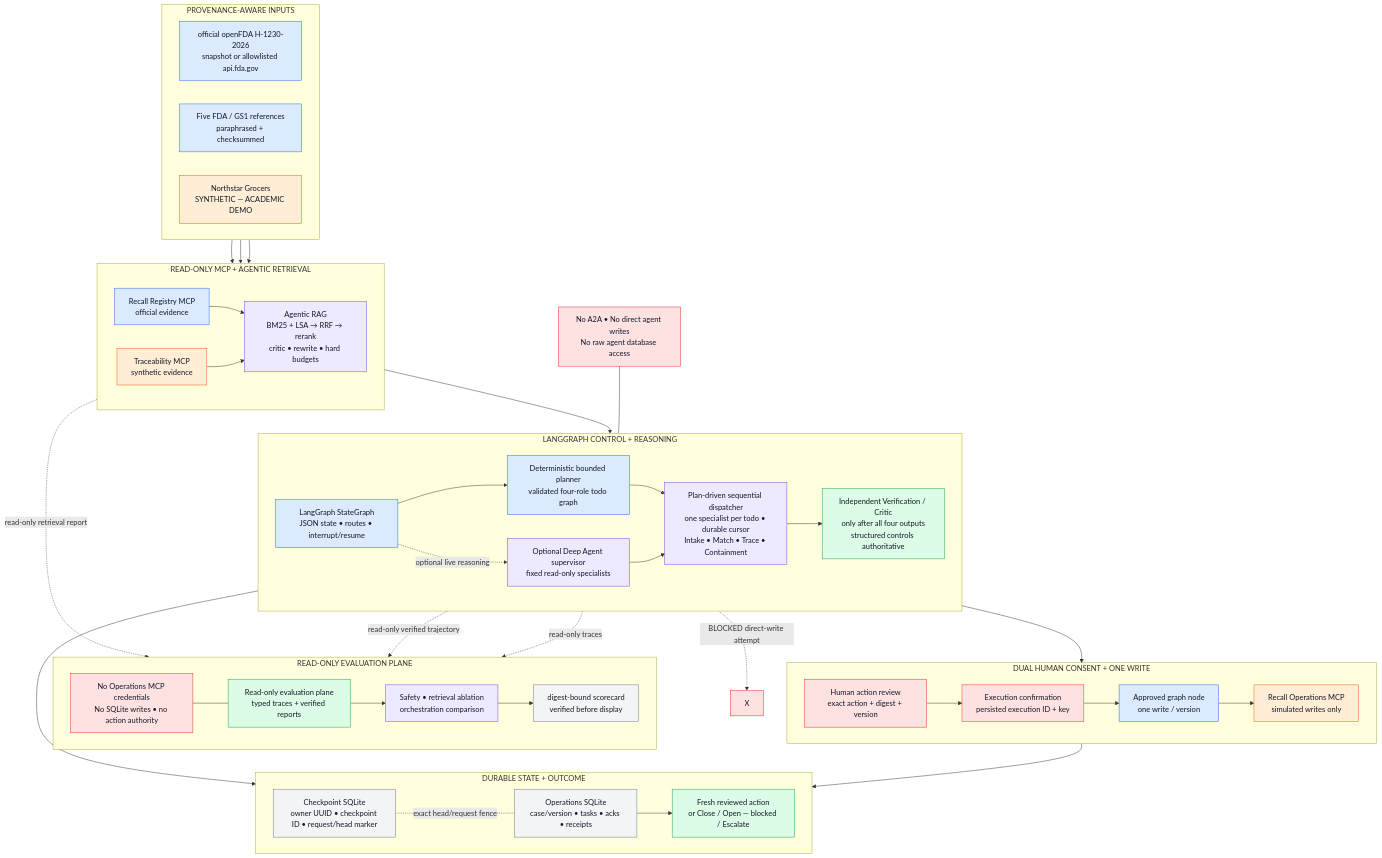
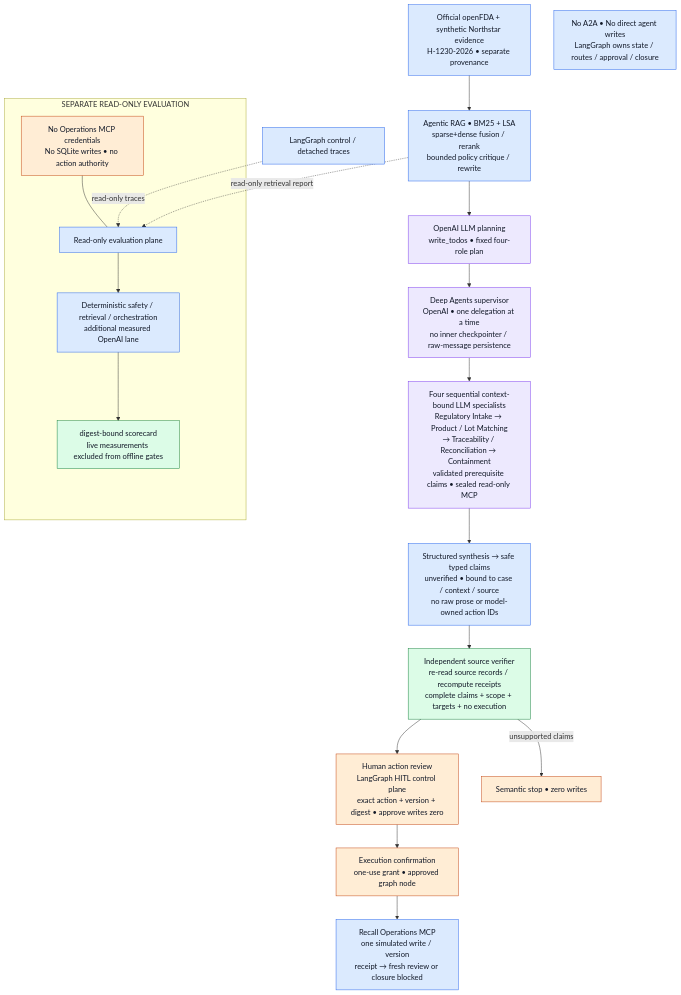
Before and after one commit to nagarjunakanamarlapudi/reacall-agents: the diagram in docs/images/02_system_architecture.mmd, drawn with Mermaid. The commit also changed 45 other files, not shown here.

Commit message:
docs: present authoritative OpenAI workflow and live demo

```diff
--- a/docs/images/02_system_architecture.mmd
+++ b/docs/images/02_system_architecture.mmd
@@ -1,75 +1,29 @@
 flowchart TB
-  classDef official fill:#dbeafe,stroke:#2563eb,color:#111827
-  classDef synthetic fill:#ffedd5,stroke:#ea580c,color:#111827
-  classDef reason fill:#ede9fe,stroke:#7c3aed,color:#111827
-  classDef verify fill:#dcfce7,stroke:#16a34a,color:#111827
-  classDef action fill:#ffedd5,stroke:#ea580c,color:#111827
-  classDef human fill:#fee2e2,stroke:#dc2626,color:#111827
-  classDef state fill:#f3f4f6,stroke:#6b7280,color:#111827
-
-  subgraph INPUTS["PROVENANCE-AWARE INPUTS"]
-    direction LR
-    O["official openFDA H-1230-2026<br/>snapshot or allowlisted api.fda.gov"]:::official
-    P["Five FDA / GS1 references<br/>paraphrased + checksummed"]:::official
-    S["Northstar Grocers<br/>SYNTHETIC — ACADEMIC DEMO"]:::synthetic
-  end
-
-  subgraph READS["READ-ONLY MCP + AGENTIC RETRIEVAL"]
-    direction LR
-    RR["Recall Registry MCP<br/>official evidence"]:::official
-    RAG["Agentic RAG<br/>BM25 + LSA → RRF → rerank<br/>critic • rewrite • hard budgets"]:::reason
-    TM["Traceability MCP<br/>synthetic evidence"]:::synthetic
-    RR --> RAG
-    TM --> RAG
-  end
-
-  subgraph CONTROL["LANGGRAPH CONTROL + REASONING"]
-    direction LR
-    G["LangGraph StateGraph<br/>JSON state • routes • interrupt/resume"]:::official
-    DP["Deterministic bounded planner<br/>validated four-role todo graph"]:::official
-    DA["Optional Deep Agent supervisor<br/>fixed read-only specialists"]:::reason
-    SP["Plan-driven sequential dispatcher<br/>one specialist per todo • durable cursor<br/>Intake • Match • Trace • Containment"]:::reason
-    VC["Independent Verification / Critic<br/>only after all four outputs<br/>structured controls authoritative"]:::verify
-    G --> DP --> SP --> VC
-    G -. optional live reasoning .-> DA --> SP
-  end
-
-  subgraph EVALUATION["READ-ONLY EVALUATION PLANE"]
-    direction LR
-    EV["Read-only evaluation plane<br/>typed traces + verified reports"]:::verify
-    SUITES["Safety • retrieval ablation<br/>orchestration comparison"]:::reason
-    SCORE["digest-bound scorecard<br/>verified before display"]:::state
+  classDef control fill:#dbeafe,stroke:#2563eb,color:#111827
+  classDef llm fill:#ede9fe,stroke:#7c3aed,color:#111827
+  classDef safe fill:#dcfce7,stroke:#15803d,color:#111827
+  classDef human fill:#ffedd5,stroke:#c2410c,color:#111827
+  O["Official openFDA + synthetic Northstar evidence<br/>H-1230-2026 • separate provenance"]:::control
+  RAG["Agentic RAG • BM25 + LSA<br/>sparse+dense fusion / rerank<br/>bounded policy critique / rewrite"]:::control
+  P["OpenAI LLM planning<br/>write_todos • fixed four-role plan"]:::llm
+  DA["Deep Agents supervisor<br/>OpenAI • one delegation at a time<br/>no inner checkpointer / raw-message persistence"]:::llm
+  SP["Four sequential context-bound LLM specialists<br/>Regulatory Intake → Product / Lot Matching<br/>→ Traceability / Reconciliation → Containment<br/>validated prerequisite claims • sealed read-only MCP"]:::llm
+  CLAIMS["Structured synthesis → safe typed claims<br/>unverified • bound to case / context / source<br/>no raw prose or model-owned action IDs"]:::control
+  VC["Independent source verifier<br/>re-read source records / recompute receipts<br/>complete claims + scope + targets + no execution"]:::safe
+  HR["Human action review<br/>LangGraph HITL control plane<br/>exact action + version + digest • approve writes zero"]:::human
+  EC["Execution confirmation<br/>one-use grant • approved graph node"]:::human
+  OM["Recall Operations MCP<br/>one simulated write / version<br/>receipt → fresh review or closure blocked"]:::control
+  O --> RAG --> P --> DA --> SP --> CLAIMS --> VC --> HR --> EC --> OM
+  VC -->|unsupported claims| STOP["Semantic stop • zero writes"]:::human
+  SAFE["No A2A • No direct agent writes<br/>LangGraph owns state / routes / approval / closure"]:::control
+  subgraph EVALUATION["SEPARATE READ-ONLY EVALUATION"]
+    EV["Read-only evaluation plane"]:::control
+    SUITES["Deterministic safety / retrieval / orchestration<br/>additional measured OpenAI lane"]:::control
+    SCORE["digest-bound scorecard<br/>live measurements excluded from offline gates"]:::safe
     EVALSAFE["No Operations MCP credentials<br/>No SQLite writes • no action authority"]:::human
     EV --> SUITES --> SCORE
     EVALSAFE --- EV
   end
-
-  subgraph CONSENT["DUAL HUMAN CONSENT + ONE WRITE"]
-    direction LR
-    HR["Human action review<br/>exact action + digest + version"]:::human
-    EC["Execution confirmation<br/>persisted execution ID + key"]:::human
-    GN["Approved graph node<br/>one write / version"]:::official
-    OM["Recall Operations MCP<br/>simulated writes only"]:::action
-    HR --> EC --> GN --> OM
-  end
-
-  subgraph DURABLE["DURABLE STATE + OUTCOME"]
-    direction LR
-    CP["Checkpoint SQLite<br/>owner UUID • checkpoint ID • request/head marker"]:::state
-    OP["Operations SQLite<br/>case/version • tasks • acks • receipts"]:::state
-    OUT["Fresh reviewed action<br/>or Close / Open — blocked / Escalate"]:::verify
-    CP -. exact head/request fence .- OP --> OUT
-  end
-
-  O --> RR
-  P --> RR
-  S --> TM
-  RAG --> G
+  G["LangGraph control / detached traces"]:::control
+  G -. read-only traces .-> EV
   RAG -. read-only retrieval report .-> EV
-  G -. read-only traces .-> EV
-  VC -. read-only verified trajectory .-> EV
-  VC --> HR
-  OM --> OP
-  G --> CP
-  SP -. "BLOCKED direct-write attempt" .-> X["X"]:::human
-  SAFE["No A2A • No direct agent writes<br/>No raw agent database access"]:::human --- G
```
